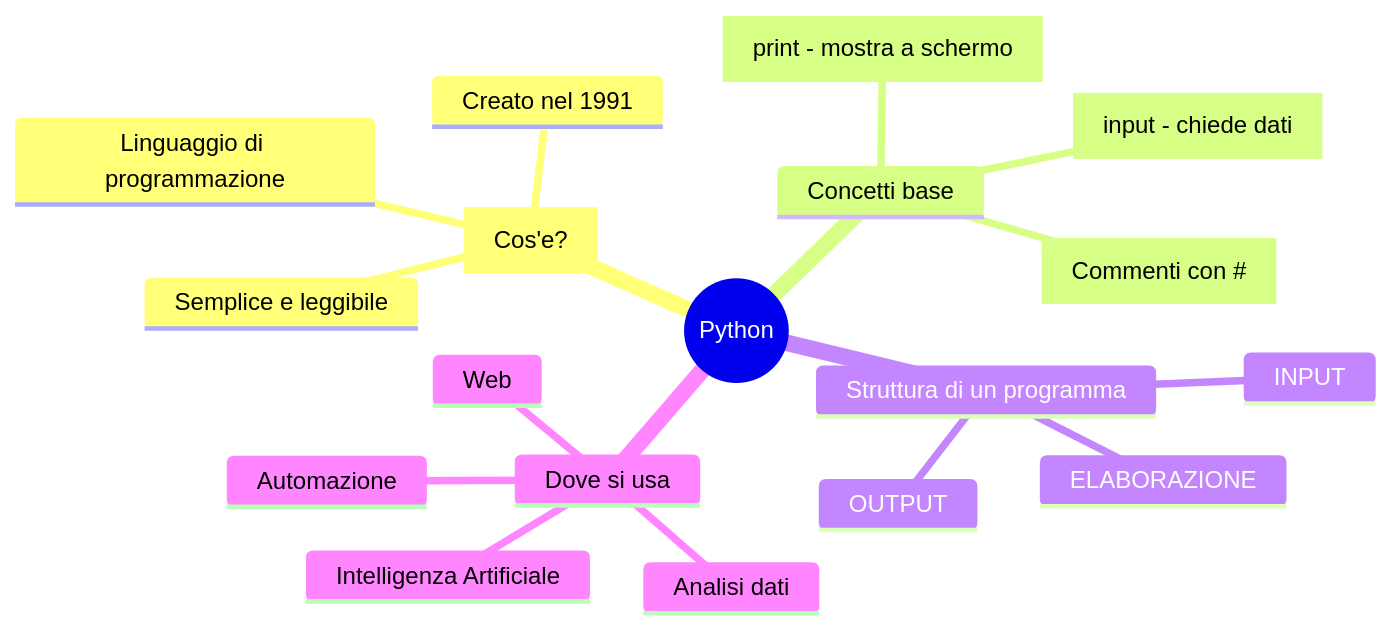
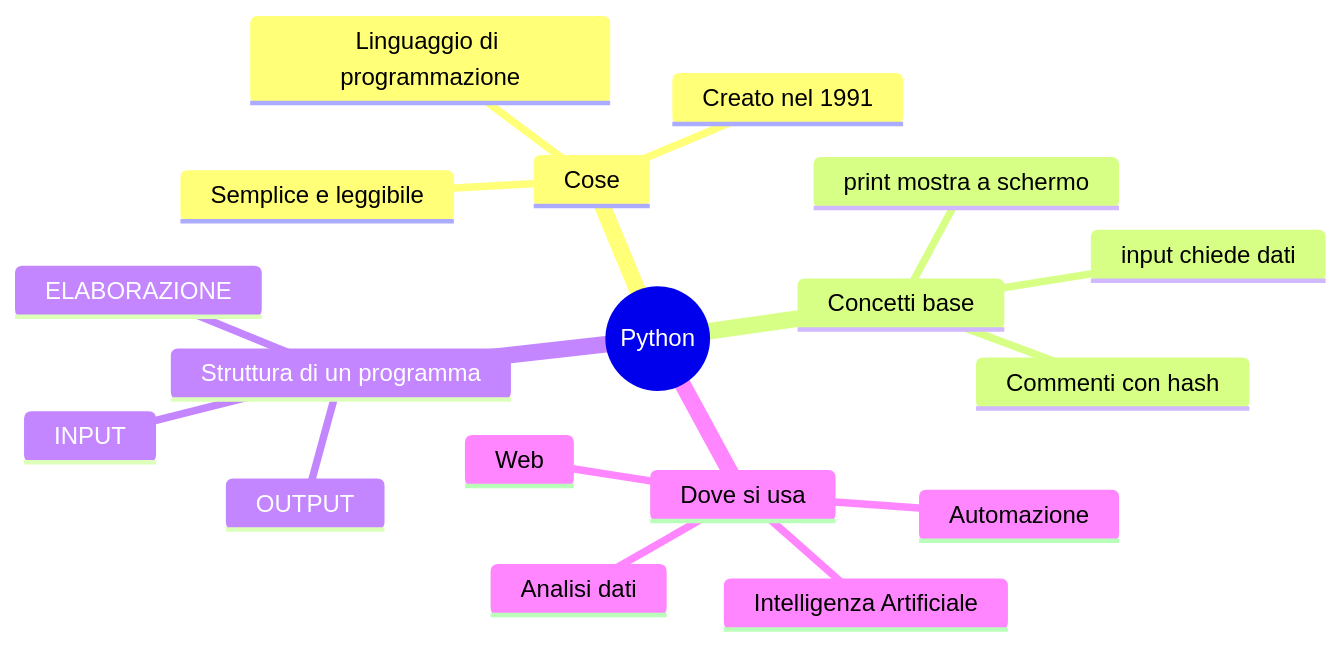
Before and after one commit to Federob/infohandouts: the diagram in docs/pycoding/00_intro.qmd, drawn with Mermaid. The commit also changed other lines of this file and 110 other files, not shown here.

````diff
--- a/docs/pycoding/00_intro.qmd
+++ b/docs/pycoding/00_intro.qmd
@@ -139,21 +140,21 @@
-```mermaid
+```{mermaid}
 mindmap
   root((Python))
-    ["Cos'e?"]
+    Cose
       Linguaggio di programmazione
       Creato nel 1991
       Semplice e leggibile
     Concetti base
-      ["print - mostra a schermo"]
-      ["input - chiede dati"]
-      ["Commenti con #"]
+      print mostra a schermo
+      input chiede dati
+      Commenti con hash
     Struttura di un programma
       INPUT
       ELABORAZIONE
       OUTPUT
     Dove si usa
       Web
       Intelligenza Artificiale
       Analisi dati
       Automazione
 ```
````
